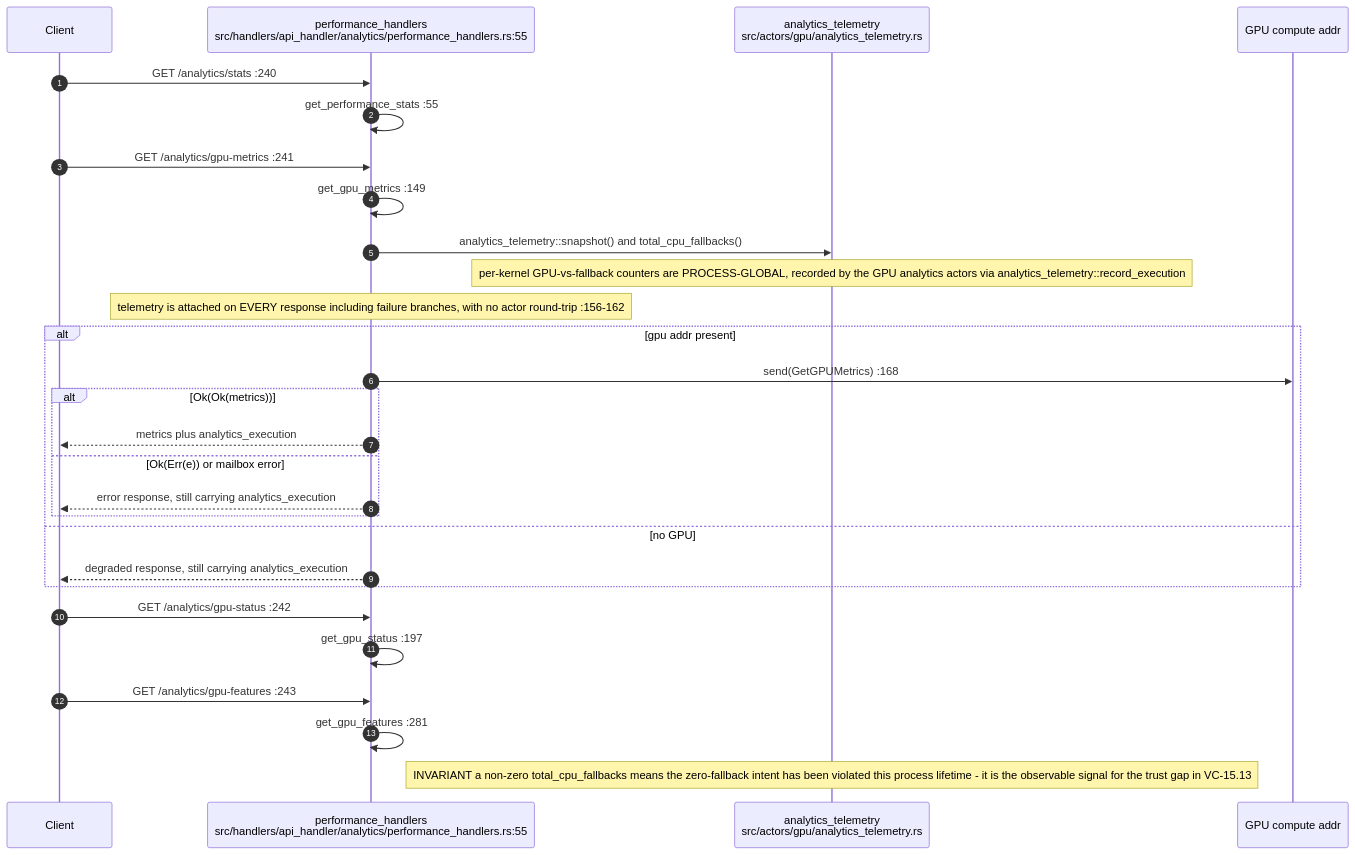
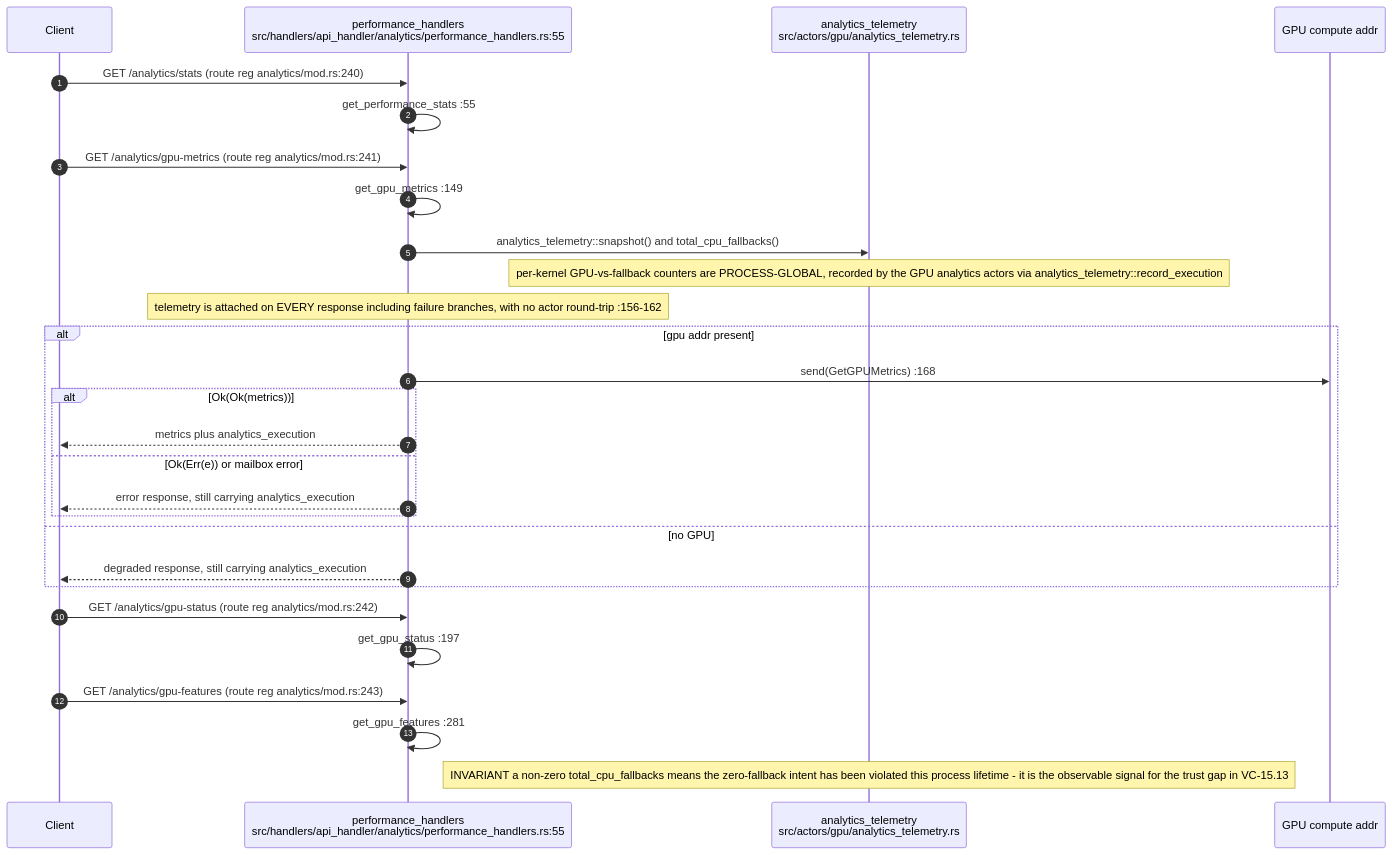
Before and after one commit to DreamLab-AI/VisionFlow: the fourth of 9 diagrams in docs/diagrams/visionclaw/18-analytics-support-handlers.md, drawn with Mermaid. The commit also changed other lines of this file and 52 other files, not shown here.

First line of the commit message:
docs(diagrams): wave 3 checkpoint — bare line refs resolved, revision-pinned cite-check, VC-05/AB-01..13 re-attested

````diff
--- a/docs/diagrams/visionclaw/18-analytics-support-handlers.md
+++ b/docs/diagrams/visionclaw/18-analytics-support-handlers.md
@@ -155,31 +155,31 @@
 ```mermaid
 sequenceDiagram
     autonumber
     participant C as Client
     participant PF as performance_handlers<br/>src/handlers/api_handler/analytics/performance_handlers.rs:55
     participant TEL as analytics_telemetry<br/>src/actors/gpu/analytics_telemetry.rs
     participant GPU as GPU compute addr
 
-    C->>PF: GET /analytics/stats :240
+    C->>PF: GET /analytics/stats (route reg analytics/mod.rs:240)
     PF->>PF: get_performance_stats :55
-    C->>PF: GET /analytics/gpu-metrics :241
+    C->>PF: GET /analytics/gpu-metrics (route reg analytics/mod.rs:241)
     PF->>PF: get_gpu_metrics :149
     PF->>TEL: analytics_telemetry::snapshot() and total_cpu_fallbacks()
     Note over TEL: per-kernel GPU-vs-fallback counters are PROCESS-GLOBAL, recorded by the GPU analytics actors via analytics_telemetry::record_execution
     Note over PF: telemetry is attached on EVERY response including failure branches, with no actor round-trip :156-162
     alt gpu addr present
         PF->>GPU: send(GetGPUMetrics) :168
         alt Ok(Ok(metrics))
             PF-->>C: metrics plus analytics_execution
         else Ok(Err(e)) or mailbox error
             PF-->>C: error response, still carrying analytics_execution
         end
     else no GPU
         PF-->>C: degraded response, still carrying analytics_execution
     end
-    C->>PF: GET /analytics/gpu-status :242
+    C->>PF: GET /analytics/gpu-status (route reg analytics/mod.rs:242)
     PF->>PF: get_gpu_status :197
-    C->>PF: GET /analytics/gpu-features :243
+    C->>PF: GET /analytics/gpu-features (route reg analytics/mod.rs:243)
     PF->>PF: get_gpu_features :281
     Note over TEL: INVARIANT a non-zero total_cpu_fallbacks means the zero-fallback intent has been violated this process lifetime - it is the observable signal for the trust gap in VC-15.13
 ```
````
